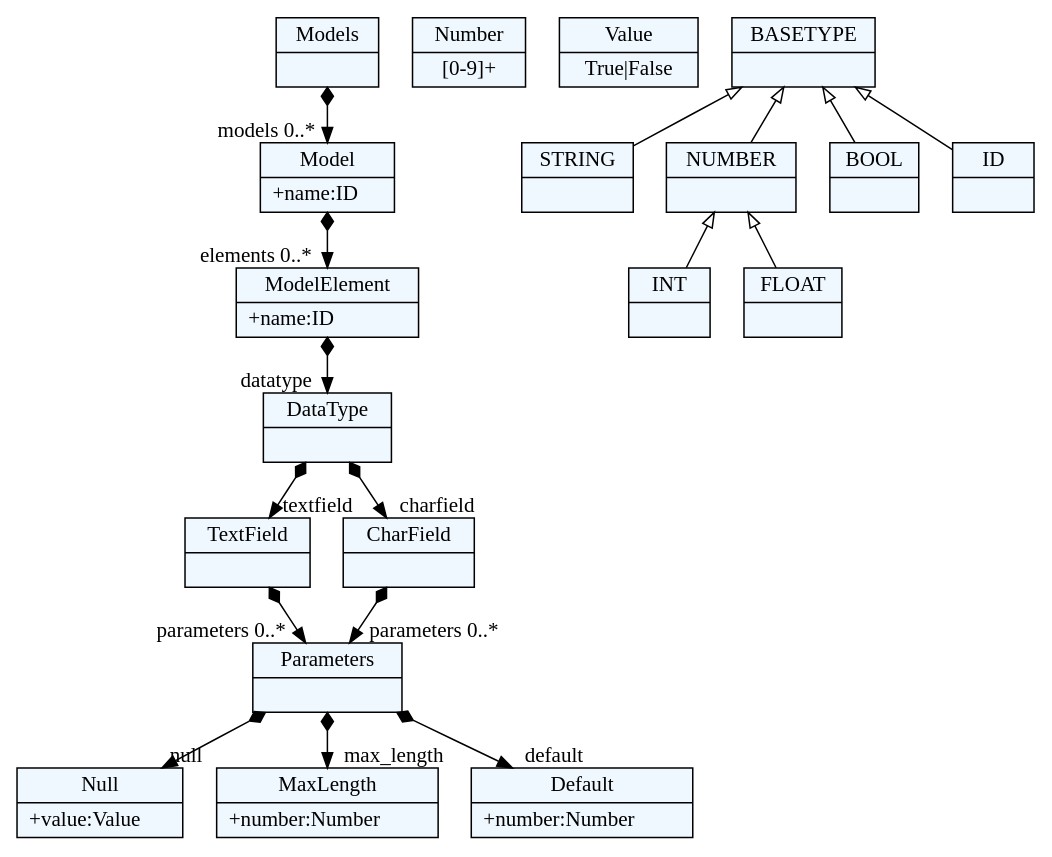
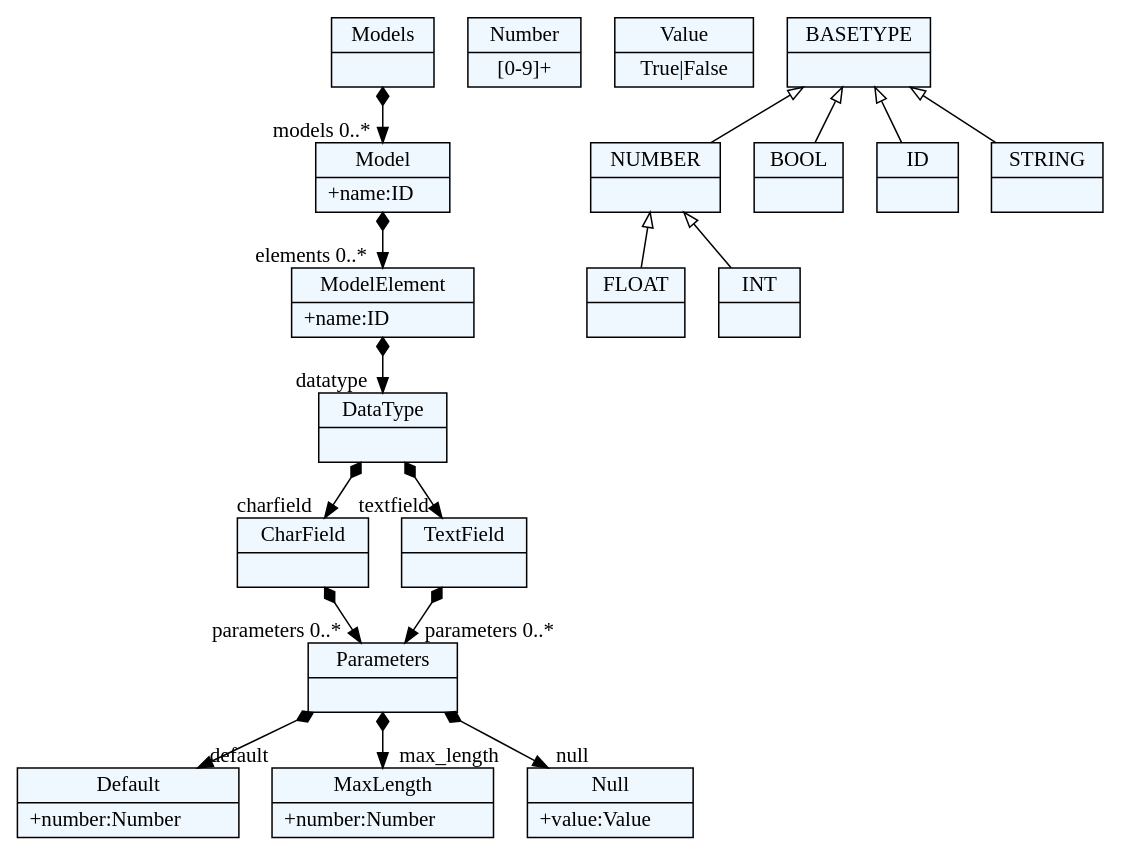
One commit to Booorkoo/JSD changed the diagram in grammer.dot. Above: the diagram before and after it, drawn with Graphviz. The commit also changed 3 other files, not shown here.

```diff
--- a/grammer.dot
+++ b/grammer.dot
@@ -1,69 +1,69 @@
 
     digraph xtext {
     fontname = "Bitstream Vera Sans"
     fontsize = 8
     node[
         shape=record,
         style=filled,
         fillcolor=aliceblue
     ]
     nodesep = 0.3
     edge[dir=black,arrowtail=empty]
 
 
-2893404097800[ label="{Null|+value:Value\l}"]
+2220744482680 -> 2220744473240[arrowtail=diamond, dir=both, headlabel="models 0..*"]
+2220744482680[ label="{Models|}"]
 
-2893403247592[ label="{MaxLength|+number:Number\l}"]
+2220744473240 -> 2220744474184[arrowtail=diamond, dir=both, headlabel="elements 0..*"]
+2220744473240[ label="{Model|+name:ID\l}"]
 
-2893403246648[ label="{Default|+number:Number\l}"]
+2220744474184 -> 2220744476072[arrowtail=diamond, dir=both, headlabel="datatype "]
+2220744474184[ label="{ModelElement|+name:ID\l}"]
 
-2893403245704 -> 2893403248536[arrowtail=diamond, dir=both, headlabel="parameters 0..*"]
-2893403245704[ label="{TextField|}"]
+2220744478904[ label="{Default|+number:Number\l}"]
 
-2893403248536 -> 2893403247592[arrowtail=diamond, dir=both, headlabel="max_length "]
-2893403248536 -> 2893404097800[arrowtail=diamond, dir=both, headlabel="null "]
-2893403248536 -> 2893403246648[arrowtail=diamond, dir=both, headlabel="default "]
-2893403248536[ label="{Parameters|}"]
+2220744481736[ label="{Number|[0-9]+}"]
 
-2893403242872 -> 2893403248536[arrowtail=diamond, dir=both, headlabel="parameters 0..*"]
-2893403242872[ label="{CharField|}"]
+2220744480792 -> 2220744477960[arrowtail=diamond, dir=both, headlabel="max_length "]
+2220744480792 -> 2220744483624[arrowtail=diamond, dir=both, headlabel="null "]
+2220744480792 -> 2220744478904[arrowtail=diamond, dir=both, headlabel="default "]
+2220744480792[ label="{Parameters|}"]
 
-2893403237208 -> 2893403238152[arrowtail=diamond, dir=both, headlabel="models 0..*"]
-2893403237208[ label="{Models|}"]
+2220744476072 -> 2220744485512[arrowtail=diamond, dir=both, headlabel="charfield "]
+2220744476072 -> 2220744477016[arrowtail=diamond, dir=both, headlabel="textfield "]
+2220744476072[ label="{DataType|}"]
 
-2893403249480[ label="{Number|[0-9]+}"]
+2220744483624[ label="{Null|+value:Value\l}"]
 
-2893403239096 -> 2893403242872[arrowtail=diamond, dir=both, headlabel="charfield "]
-2893403239096 -> 2893403245704[arrowtail=diamond, dir=both, headlabel="textfield "]
-2893403239096[ label="{DataType|}"]
+2220744477960[ label="{MaxLength|+number:Number\l}"]
 
-2893403238152 -> 2893403241928[arrowtail=diamond, dir=both, headlabel="elements 0..*"]
-2893403238152[ label="{Model|+name:ID\l}"]
+2220744477016 -> 2220744480792[arrowtail=diamond, dir=both, headlabel="parameters 0..*"]
+2220744477016[ label="{TextField|}"]
 
-2893403241928 -> 2893403239096[arrowtail=diamond, dir=both, headlabel="datatype "]
-2893403241928[ label="{ModelElement|+name:ID\l}"]
+2220744484568[ label="{Value|True\|False}"]
 
-2893404098744[ label="{Value|True\|False}"]
+2220744485512 -> 2220744480792[arrowtail=diamond, dir=both, headlabel="parameters 0..*"]
+2220744485512[ label="{CharField|}"]
 
-2893403240040[ label="{INT|}"]
+2220744470408[ label="{NUMBER|}"]
+2220744470408 -> 2220744475128 [dir=back]
+2220744470408 -> 2220744479848 [dir=back]
 
-2893403230600[ label="{STRING|}"]
+2220744471352[ label="{BASETYPE|}"]
+2220744471352 -> 2220744470408 [dir=back]
+2220744471352 -> 2220744469464 [dir=back]
+2220744471352 -> 2220744468520 [dir=back]
+2220744471352 -> 2220744472296 [dir=back]
 
-2893403223992[ label="{BASETYPE|}"]
-2893403223992 -> 2893403224936 [dir=back]
-2893403223992 -> 2893403235320 [dir=back]
-2893403223992 -> 2893403225880 [dir=back]
-2893403223992 -> 2893403230600 [dir=back]
+2220744475128[ label="{FLOAT|}"]
 
-2893403224936[ label="{NUMBER|}"]
-2893403224936 -> 2893403223048 [dir=back]
-2893403224936 -> 2893403240040 [dir=back]
+2220744469464[ label="{BOOL|}"]
 
-2893403223048[ label="{FLOAT|}"]
+2220744479848[ label="{INT|}"]
 
-2893403225880[ label="{ID|}"]
+2220744468520[ label="{ID|}"]
 
-2893403235320[ label="{BOOL|}"]
+2220744472296[ label="{STRING|}"]
 
 
 }
```
